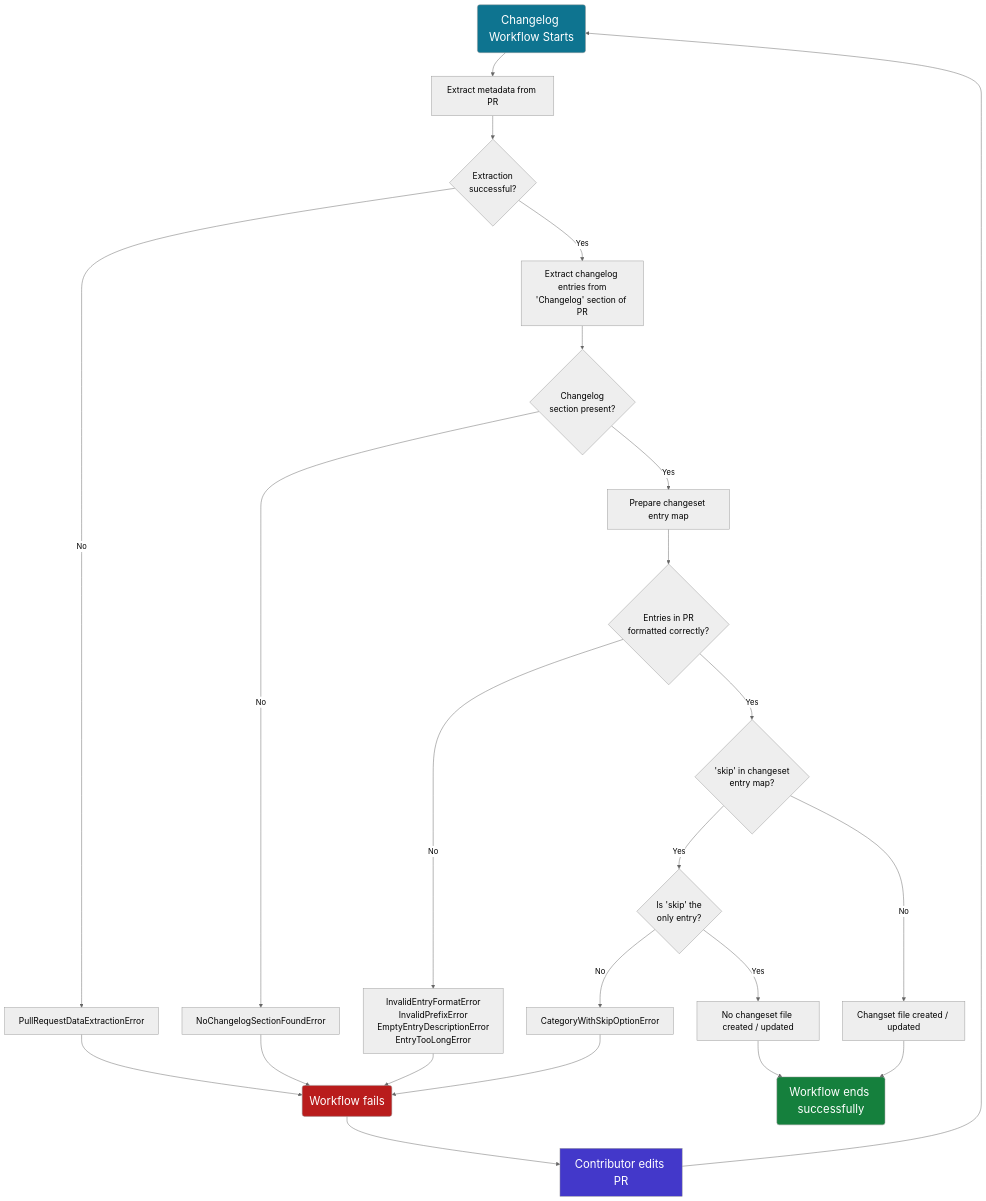
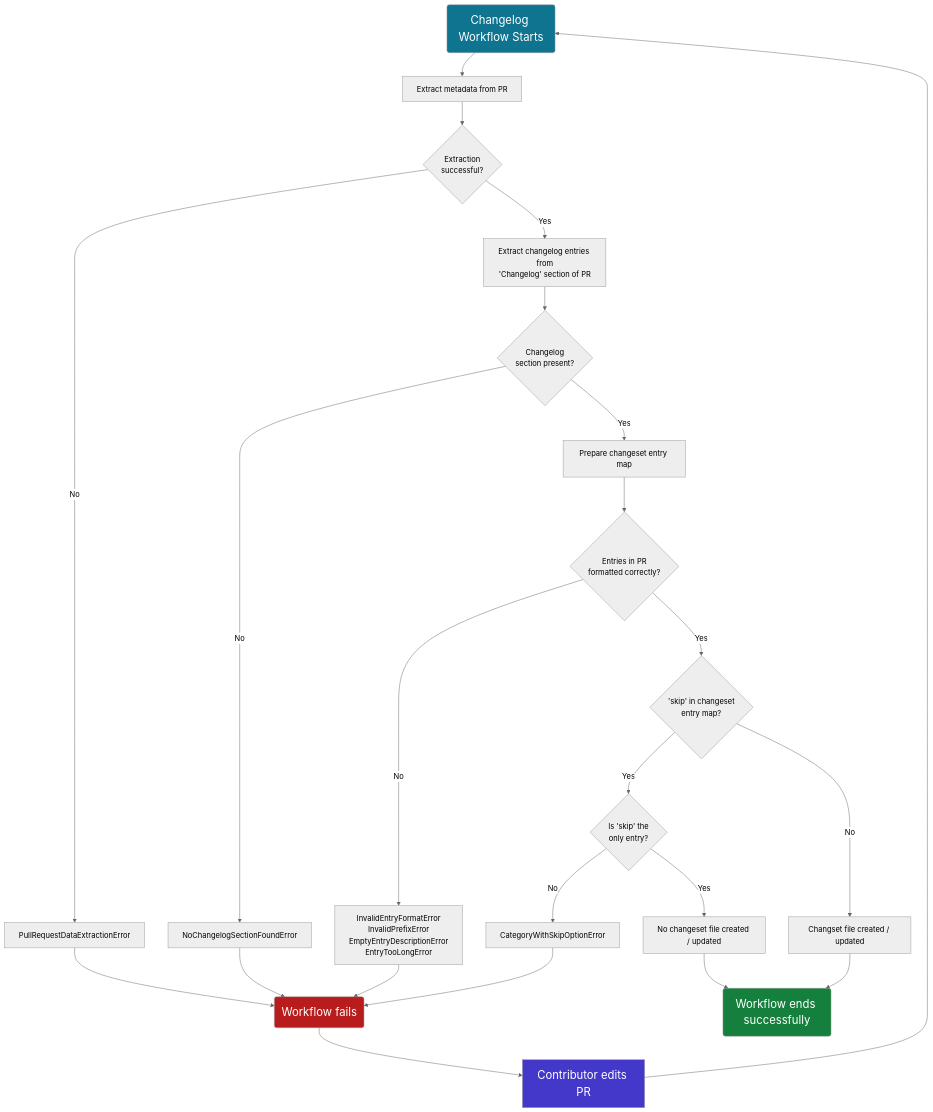
One commit to ashwin-pc/OpenSearch_Changelog_Workflow changed the diagram in README.md. Above: the diagram before and after it, drawn with Mermaid (neutral theme).

Commit message:
update in mermeid flowchart

````diff
--- a/README.md
+++ b/README.md
@@ -114,36 +114,35 @@
 ```mermaid
   flowchart TD;
     A(Changelog Workflow Starts) --> B[Extract metadata from PR]
     B --> C{Extraction \nsuccessful?}
     C --> |Yes| G[Extract changelog entries from\n'Changelog' section of PR]
     C --> |No| D[PullRequestDataExtractionError]
     D --> E(Workflow fails)
     E --> F[Contributor edits PR]
     F --> A
     G --> H{Changelog \nsection present?}
     H --> |Yes| J[Prepare changeset entry map]
     J --> J1{Entries in PR \nformatted correctly?}
     H --> |No| I[NoChangelogSectionFoundError]
     I --> E
     J1 --> |Yes| K{'skip' in changeset \n entry map?}
     J1 --> |No| L[InvalidEntryFormatError\nInvalidPrefixError\nEmptyEntryDescriptionError\nEntryTooLongError]
     L --> E
     K --> |Yes| M{Is 'skip' the \nonly entry?}
     K --> |No| N[Changset file created / updated]
     M --> |Yes| O[No changeset file created / updated]
     M --> |No| Q[CategoryWithSkipOptionError]
     Q --> E
     O --> P
     N --> P(Workflow ends successfully)
 
     classDef largeFont font-size:24px;
-    classDef mediumFont font-size:18px;
 
     style A fill:#0e7490,color:white
     style E fill:#b91c1c,color:white
     style F fill:#4338ca,color:white
     style P fill:#15803d,color:white
 
     class A,E,F,P largeFont;
     class B,C,D,G,H,I,J,J1,K,L,M,N,O,Q mediumFont;
 ```
````
